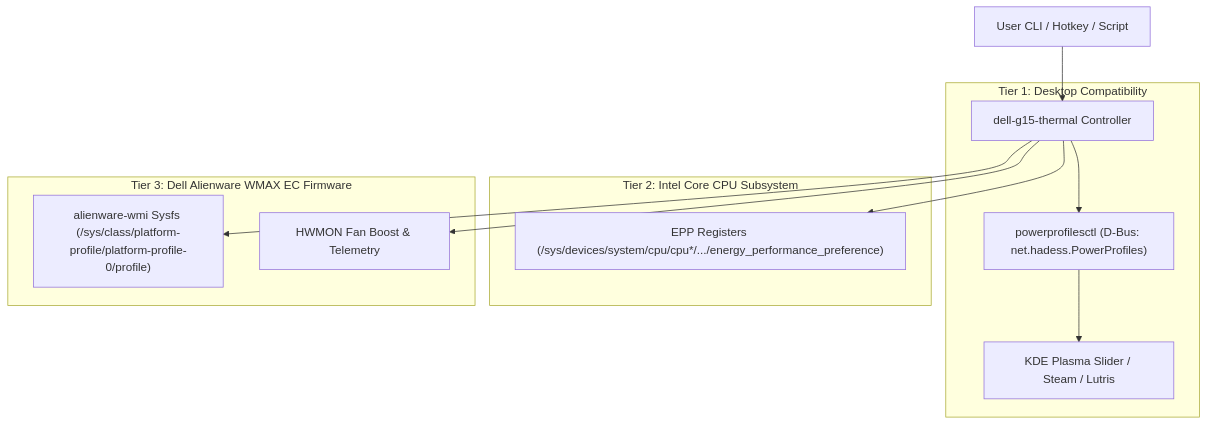
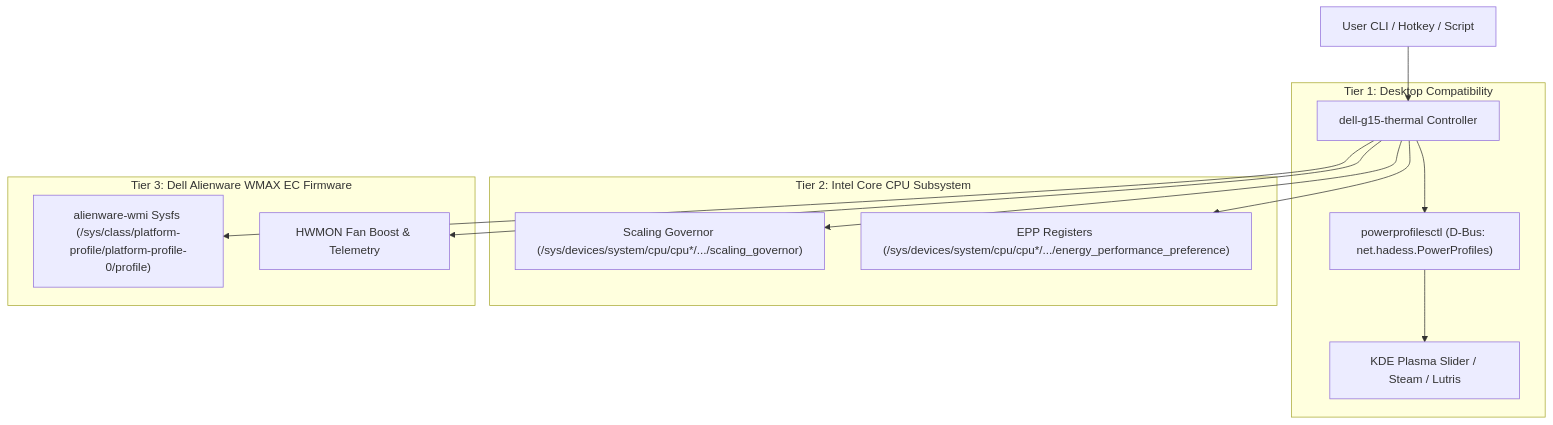
The diagram in README.md (ullu1221/dell-g15-thermal-control), drawn with Mermaid before and after one commit. The commit also changed 4 other files, not shown here.

Commit message:
feat: update architecture diagrams, permissions, and docs with CPU scaling governor

````diff
--- a/README.md
+++ b/README.md
@@ -98,18 +98,19 @@
 ```mermaid
 flowchart TD
     User["User CLI / Hotkey / Script"] --> Bridge["dell-g15-thermal Controller"]
     
     subgraph Compatibility ["Tier 1: Desktop Compatibility"]
         Bridge --> PPD["powerprofilesctl (D-Bus: net.hadess.PowerProfiles)"]
         PPD --> Desktop["KDE Plasma Slider / Steam / Lutris"]
     end
 
     subgraph CPU ["Tier 2: Intel Core CPU Subsystem"]
+        Bridge --> Gov["Scaling Governor (/sys/devices/system/cpu/cpu*/.../scaling_governor)"]
         Bridge --> EPP["EPP Registers (/sys/devices/system/cpu/cpu*/.../energy_performance_preference)"]
     end
 
     subgraph Firmware ["Tier 3: Dell Alienware WMAX EC Firmware"]
         Bridge --> WMAX["alienware-wmi Sysfs (/sys/class/platform-profile/platform-profile-0/profile)"]
         Bridge --> Fans["HWMON Fan Boost & Telemetry"]
     end
 ```
````
